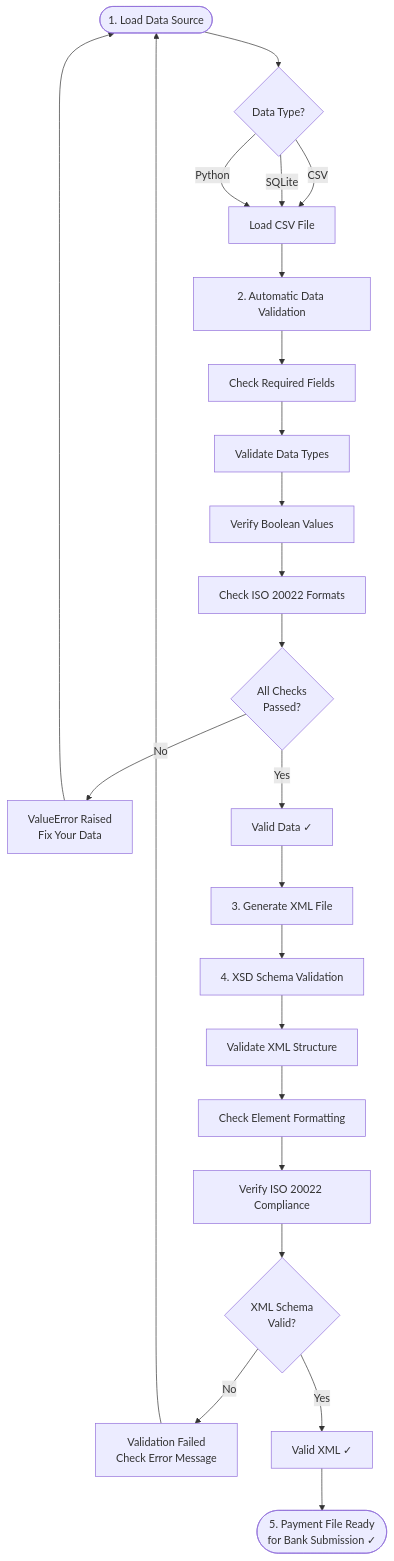
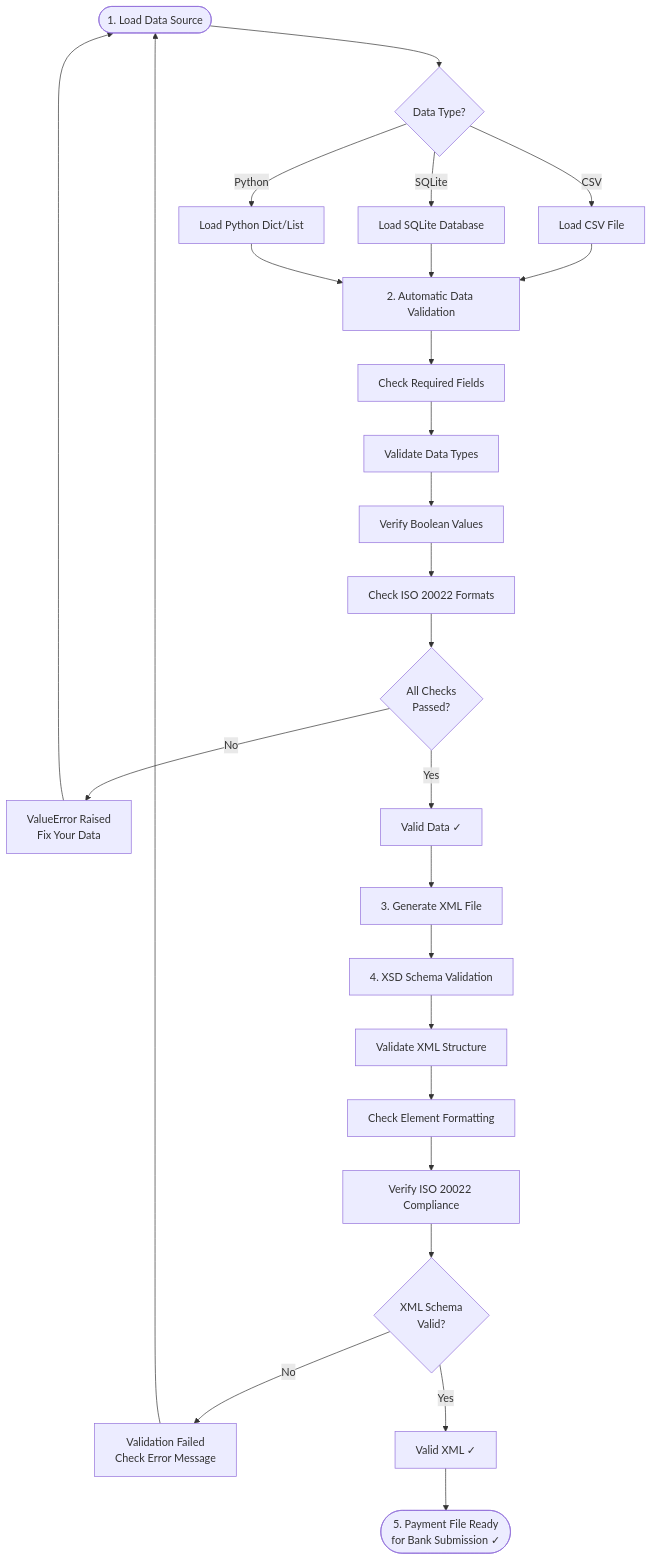
The second of 2 diagrams in README.md (MindoraOne/iso20022-hn), drawn with Mermaid before and after one commit. The commit also changed other lines of this file and 14 other files, not shown here.

````diff
--- a/README.md
+++ b/README.md
@@ -704,39 +704,41 @@
 ```mermaid
 %%{init: {'theme':'default'}}%%
 flowchart TD
     Start([1. Load Data Source]) --> DataType{Data Type?}
     
-    DataType -->|CSV| LoadData[Load CSV File]
-    DataType -->|SQLite| LoadData
-    DataType -->|Python| LoadData
+    DataType -->|CSV| LoadCSV[Load CSV File]
+    DataType -->|SQLite| LoadDB[Load SQLite Database]
+    DataType -->|Python| LoadPython[Load Python Dict/List]
     
-    LoadData --> Stage1[2. Automatic Data Validation]
+    LoadCSV --> Stage1[2. Automatic Data Validation]
+    LoadDB --> Stage1
+    LoadPython --> Stage1
     
     Stage1 --> CheckReq[Check Required Fields]
     CheckReq --> CheckTypes[Validate Data Types]
     CheckTypes --> CheckBool[Verify Boolean Values]
     CheckBool --> CheckFormats[Check ISO 20022 Formats]
     
     CheckFormats --> Valid1{All Checks<br/>Passed?}
     
     Valid1 -->|No| ErrorData[ValueError Raised<br/>Fix Your Data]
     Valid1 -->|Yes| ValidData[Valid Data ✓]
     
     ErrorData --> Start
     
     ValidData --> Stage3[3. Generate XML File]
     Stage3 --> Stage4[4. XSD Schema Validation]
     
     Stage4 --> CheckStruct[Validate XML Structure]
     CheckStruct --> CheckElem[Check Element Formatting]
     CheckElem --> CheckComp[Verify ISO 20022 Compliance]
     
     CheckComp --> Valid2{XML Schema<br/>Valid?}
     
     Valid2 -->|No| ErrorXML[Validation Failed<br/>Check Error Message]
     Valid2 -->|Yes| ValidXML[Valid XML ✓]
     
     ErrorXML --> Start
     
     ValidXML --> Success([5. Payment File Ready<br/>for Bank Submission ✓])
 ```
````
